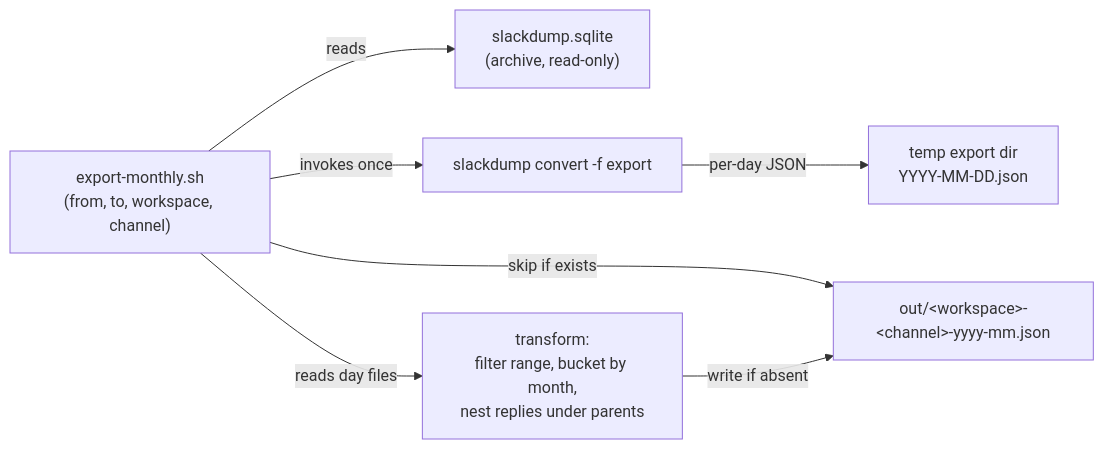
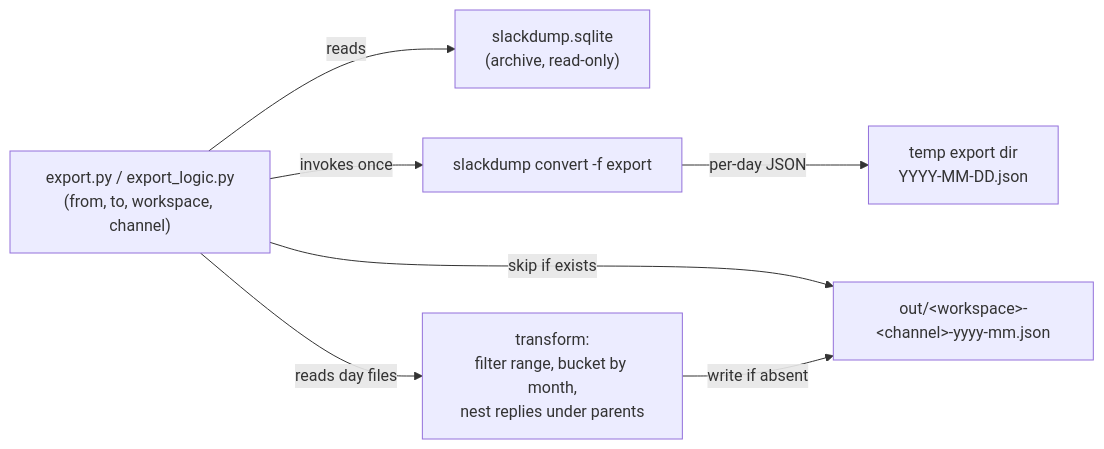
The diagram in docs/DESIGN-export.md (stuartdonaldson/slack-archive-toolkit), drawn with Mermaid before and after one commit. The commit also changed other lines of this file and 39 other files, not shown here.

First line of the commit message:
Slack Archive Toolkit v1.0.0: local backup/export/search CLI

````diff
--- a/docs/DESIGN-export.md
+++ b/docs/DESIGN-export.md
@@ -53,9 +58,9 @@
 ```mermaid
 graph LR
-    CLI["export-monthly.sh<br/>(from, to, workspace, channel)"] -->|reads| DB["slackdump.sqlite<br/>(archive, read-only)"]
+    CLI["export.py / export_logic.py<br/>(from, to, workspace, channel)"] -->|reads| DB["slackdump.sqlite<br/>(archive, read-only)"]
     CLI -->|invokes once| CV["slackdump convert -f export"]
     CV -->|per-day JSON| TMP["temp export dir<br/>YYYY-MM-DD.json"]
     CLI -->|reads day files| TR["transform:<br/>filter range, bucket by month,<br/>nest replies under parents"]
     CLI -->|skip if exists| OUT["out/&lt;workspace&gt;-&lt;channel&gt;-yyyy-mm.json"]
     TR -->|write if absent| OUT
 ```
````
